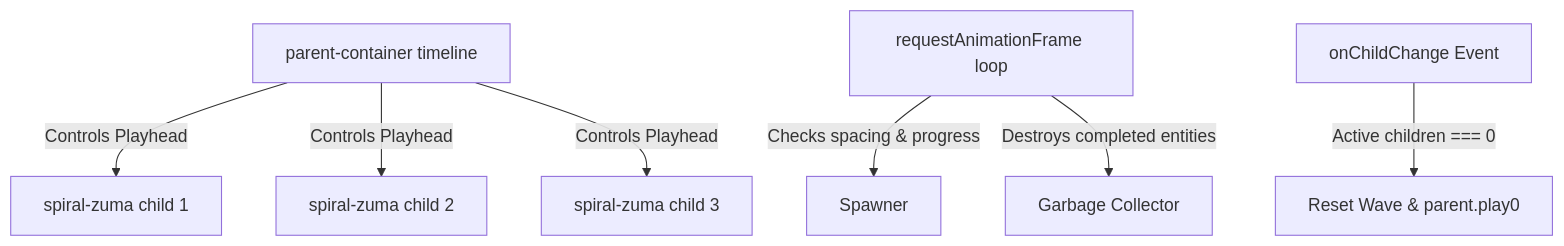
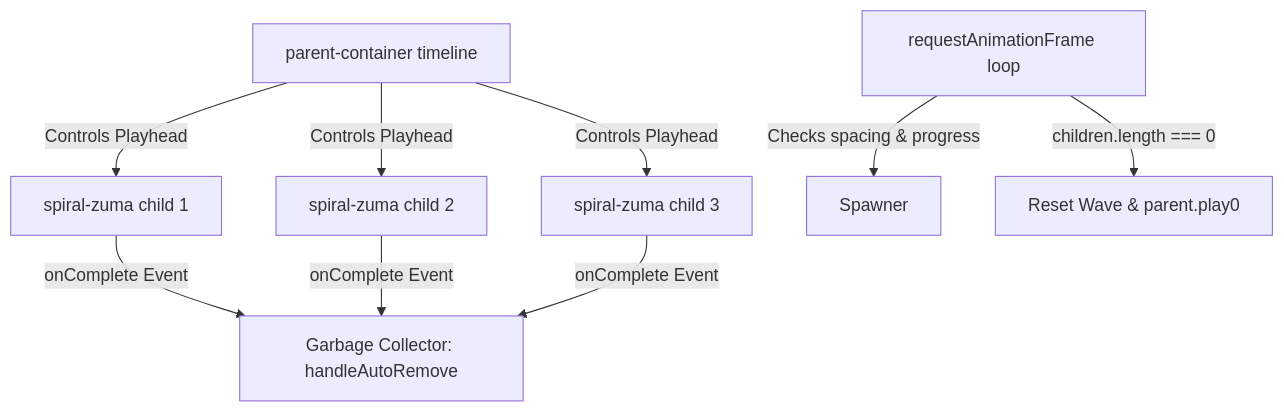
Before and after one commit to chahyasantoso/motionpath: the diagram in src/components/Spiral/README.md, drawn with Mermaid. The commit also changed other lines of this file and 4 other files, not shown here.

````diff
--- a/src/components/Spiral/README.md
+++ b/src/components/Spiral/README.md
@@ -21,11 +21,13 @@
 ```mermaid
 graph TD
     ParentTimeline[parent-container timeline] -->|Controls Playhead| Child1[spiral-zuma child 1]
     ParentTimeline -->|Controls Playhead| Child2[spiral-zuma child 2]
     ParentTimeline -->|Controls Playhead| Child3[spiral-zuma child 3]
     
+    Child1 -->|onComplete Event| GC[Garbage Collector: handleAutoRemove]
+    Child2 -->|onComplete Event| GC
+    Child3 -->|onComplete Event| GC
+    
     RAF[requestAnimationFrame loop] -->|Checks spacing & progress| Spawner[Spawner]
-    RAF -->|Destroys completed entities| GarbageCollector[Garbage Collector]
-    
-    Engine[onChildChange Event] -->|Active children === 0| ResetWave[Reset Wave & parent.play0]
+    RAF -->|children.length === 0| ResetWave[Reset Wave & parent.play0]
 ```
````
